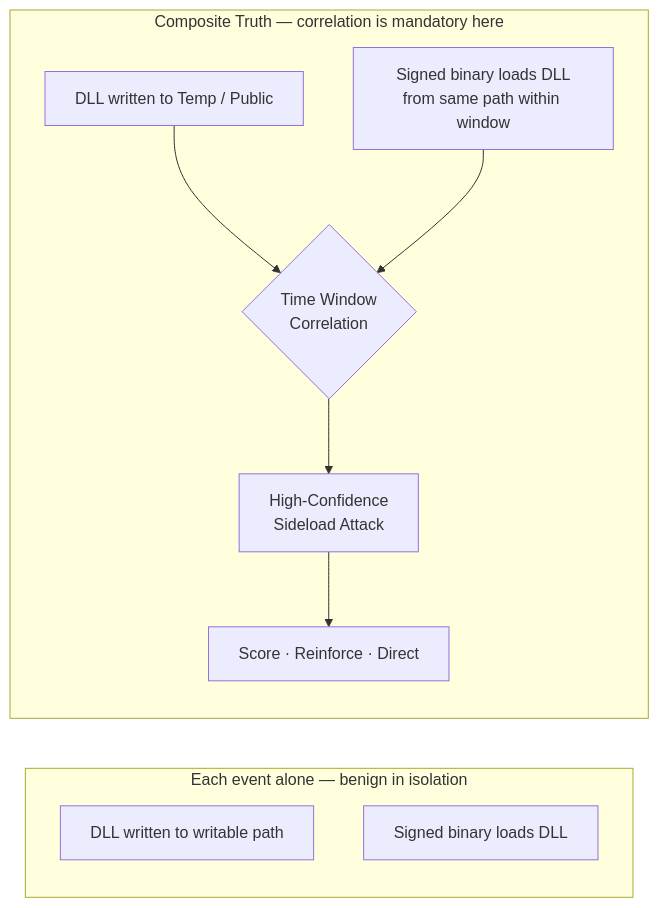
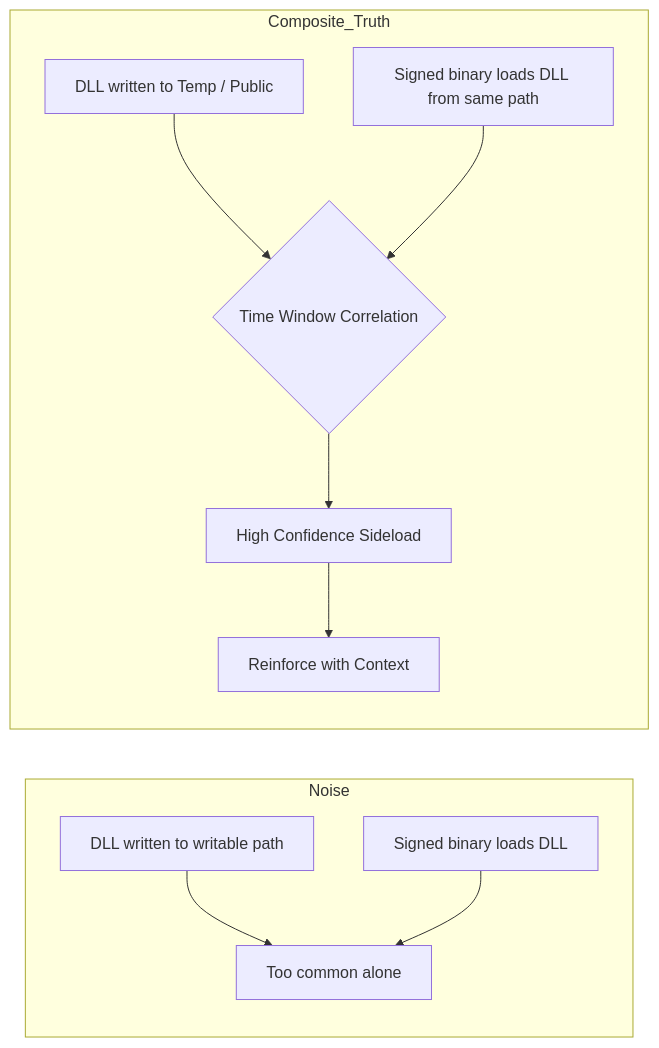
The first of 2 diagrams in READMEV3.md (azdabat/Minimum-Truth-Detection-Framework-ADX-Validated-Composite-Rules), drawn with Mermaid before and after one commit. The commit also changed other lines of this file, not shown here.

````diff
--- a/READMEV3.md
+++ b/READMEV3.md
@@ -184,15 +515,18 @@
 ```mermaid
 flowchart LR
-    subgraph Noise["Each event alone — benign in isolation"]
+    subgraph Noise
         A[DLL written to writable path]
         B[Signed binary loads DLL]
+        A --> X[Too common alone]
+        B --> X
     end
-    subgraph Truth["Composite Truth — correlation is mandatory here"]
+
+    subgraph Composite_Truth
         C[DLL written to Temp / Public]
-        D[Signed binary loads DLL\nfrom same path within window]
-        C --> E{Time Window\nCorrelation}
+        D[Signed binary loads DLL from same path]
+        C --> E{Time Window Correlation}
         D --> E
-        E --> F[High-Confidence\nSideload Attack]
-        F --> G[Score · Reinforce · Direct]
+        E --> F[High Confidence Sideload]
+        F --> G[Reinforce with Context]
     end
 ```
````
